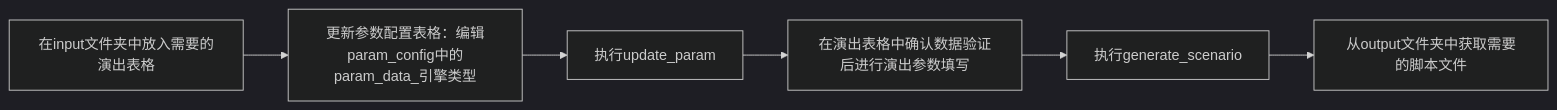
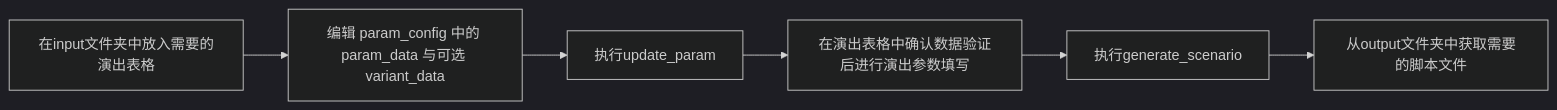
Before and after one commit to ChaoticKittyVN/Scenario_Tool: the diagram in README.md, drawn with Mermaid (dark theme). The commit also changed other lines of this file and 9 other files, not shown here.

````diff
--- a/README.md
+++ b/README.md
@@ -93,9 +98,9 @@
 ```mermaid
 graph LR
     A[在input文件夹中放入需要的演出表格] --> B
-    B[更新参数配置表格：编辑param_config中的param_data_引擎类型] --> C
+    B[编辑 param_config 中的 param_data 与可选 variant_data] --> C
     C[执行update_param] --> D
     D[在演出表格中确认数据验证后进行演出参数填写] --> E
     E[执行generate_scenario] --> F
     F[从output文件夹中获取需要的脚本文件]
 ```
````
